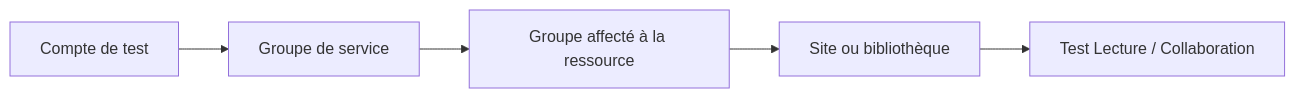
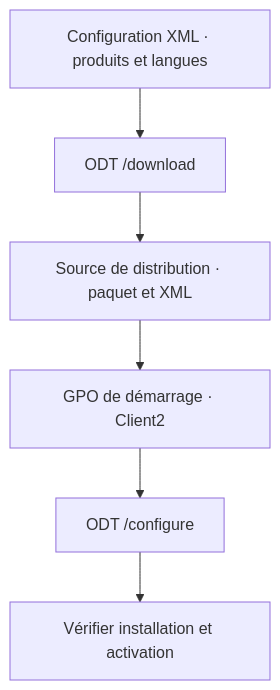
Before and after one commit to sk34pk25/tssr-cours: the diagram in docs/modules/14-messagerie-cloud/module-04.md, drawn with Mermaid. The commit also changed other lines of this file and 97 other files, not shown here.

````diff
--- a/docs/modules/14-messagerie-cloud/module-04.md
+++ b/docs/modules/14-messagerie-cloud/module-04.md
@@ -36,7 +28,8 @@
-~~~mermaid
-flowchart LR
-    A["Compte de test"] --> B["Groupe de service"]
-    B --> C["Groupe affecté à la ressource"]
-    C --> D["Site ou bibliothèque"]
-    D --> E["Test Lecture / Collaboration"]
-~~~
+```mermaid
+flowchart TB
+    A["Configuration XML · produits et langues"] --> D["ODT /download"]
+    D --> P["Source de distribution · paquet et XML"]
+    P --> I["GPO de démarrage · Client2"]
+    I --> C["ODT /configure"]
+    C --> V["Vérifier installation et activation"]
+```
````
